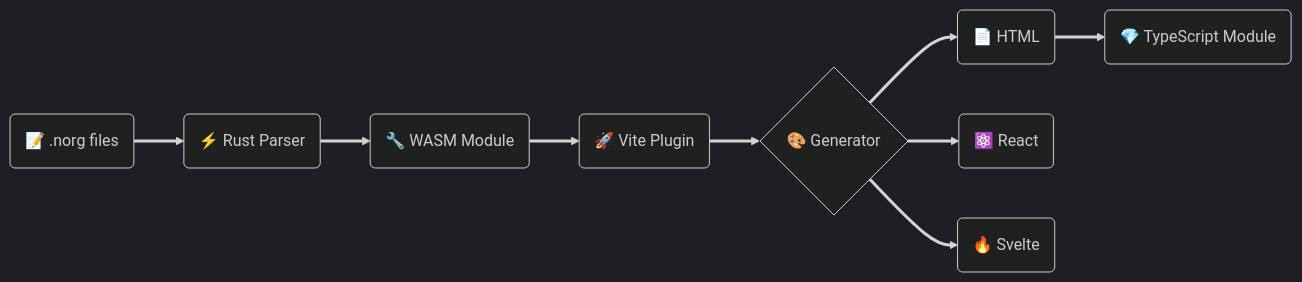
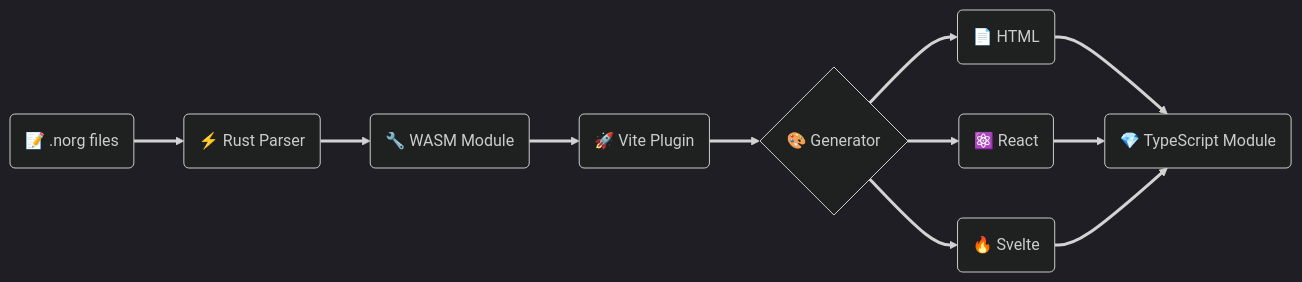
One commit to bottd/vite-plugin-norg changed the diagram in README.md. Above: the diagram before and after it, drawn with Mermaid (dark theme).

Commit message:
Update README chart

````diff
--- a/README.md
+++ b/README.md
@@ -92,13 +92,15 @@
 ```mermaid
 graph LR
     A(📝 .norg files) ==> B(⚡ Rust Parser)
     B ==> C(🔧 WASM Module)
     C ==> D(🚀 Vite Plugin)
     D ==> E{🎨 Generator}
     E ==> F(📄 HTML)
     E ==> G(⚛️ React)
     E ==> H(🔥 Svelte)
     F ==> I(💎 TypeScript Module)
+    G ==> I
+    H ==> I
 
     linkStyle default stroke-width:3px
 ```
````
